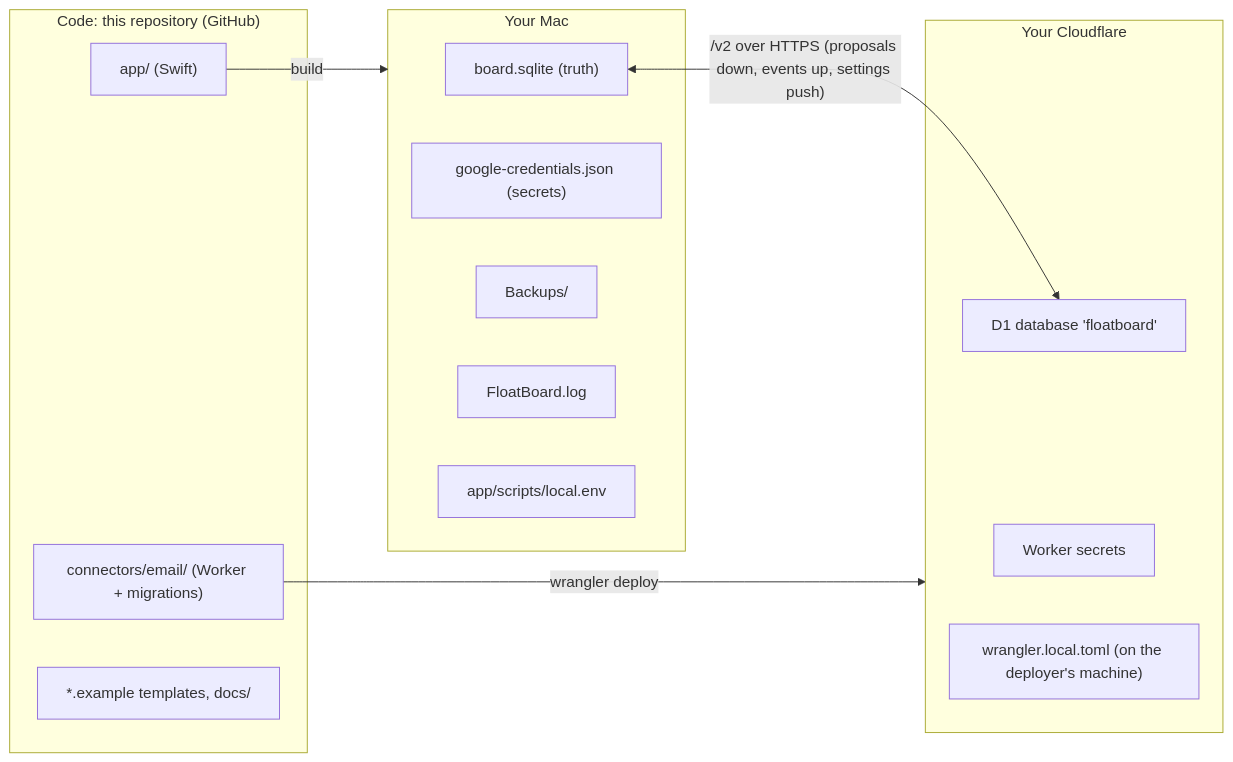
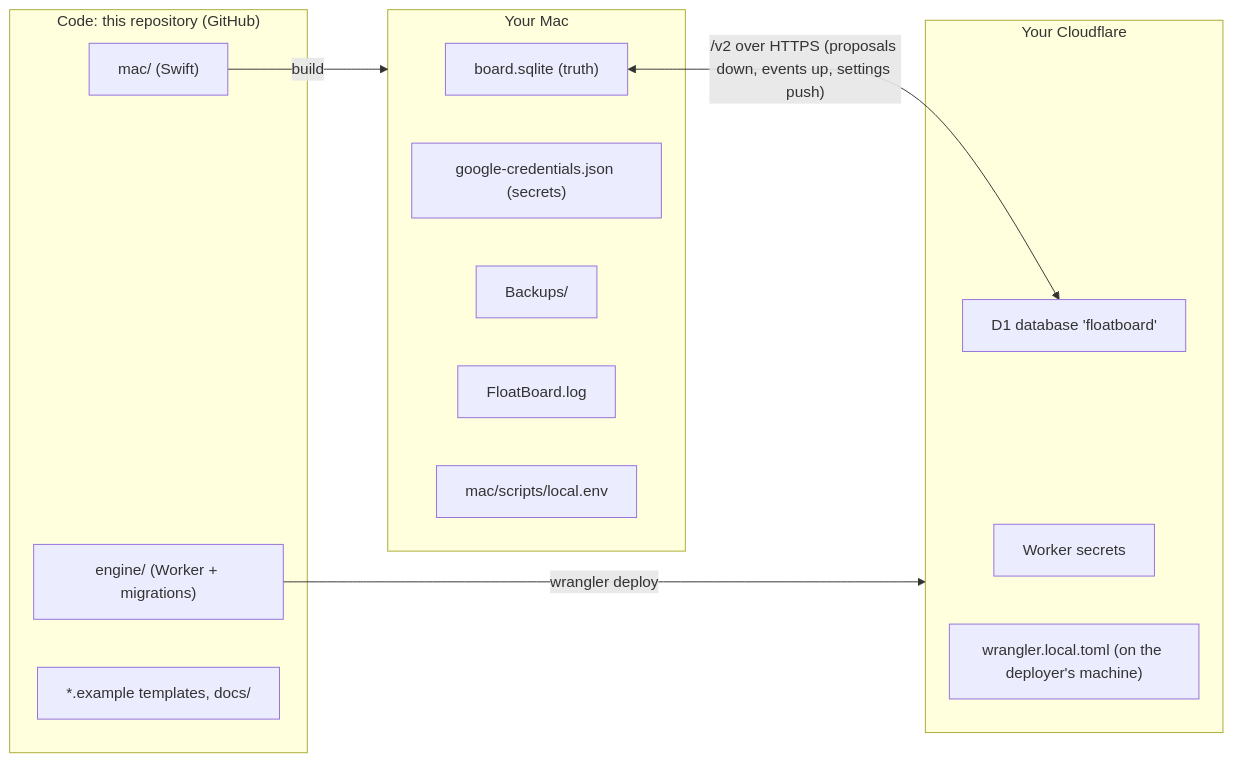
One commit to XijunZ/floatboard changed the first of 4 diagrams in docs/data-model.md. Above: the diagram before and after it, drawn with Mermaid. The commit also changed other lines of this file and 357 other files, not shown here.

First line of the commit message:
Reorganise folders: mac/, engine/, outlook-extension/; group code by area

````diff
--- a/docs/data-model.md
+++ b/docs/data-model.md
@@ -28,23 +28,23 @@
 ```mermaid
 flowchart LR
   subgraph Code["Code: this repository (GitHub)"]
-    C1["app/ (Swift)"]
-    C2["connectors/email/ (Worker + migrations)"]
+    C1["mac/ (Swift)"]
+    C2["engine/ (Worker + migrations)"]
     C3["*.example templates, docs/"]
   end
   subgraph Mac["Your Mac"]
     M1["board.sqlite (truth)"]
     M2["google-credentials.json (secrets)"]
     M3["Backups/"]
     M4["FloatBoard.log"]
-    M5["app/scripts/local.env"]
+    M5["mac/scripts/local.env"]
   end
   subgraph CF["Your Cloudflare"]
     F1["D1 database 'floatboard'"]
     F2["Worker secrets"]
     F3["wrangler.local.toml (on the deployer's machine)"]
   end
   C1 -- "build" --> Mac
   C2 -- "wrangler deploy" --> CF
   M1 <-- "/v2 over HTTPS (proposals down, events up, settings push)" --> F1
 ```
````
